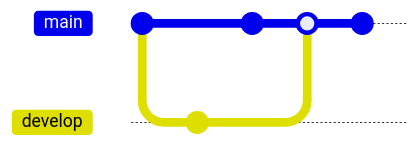
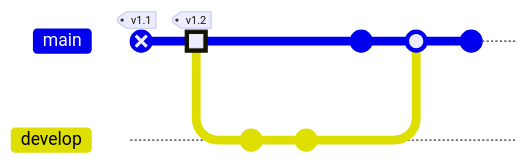
One commit to CSpyridakis/notes changed diagram 12 of 21 in Markdown/mermaid.md. Above: the diagram before and after it, drawn with Mermaid. The commit also changed other lines of this file, not shown here. Commit ids are hidden.

Commit message:
Markdown mermaid minor update

````diff
--- a/Markdown/mermaid.md
+++ b/Markdown/mermaid.md
@@ -351,13 +362,21 @@
 ```mermaid
 gitGraph
+  %% Main
+  commit id: "First" tag: "v1.1" type: REVERSE
+  commit id: "Second" tag: "v1.2" type: HIGHLIGHT
+  
+  %% Develop
+  branch develop
   commit
-  branch develop
+  commit
 
+  %% Main
+  checkout main
   commit
-  checkout main
 
-  commit
+  %% Main <- Develop
   merge develop
 
+  %% Main
   commit
 ```
````
